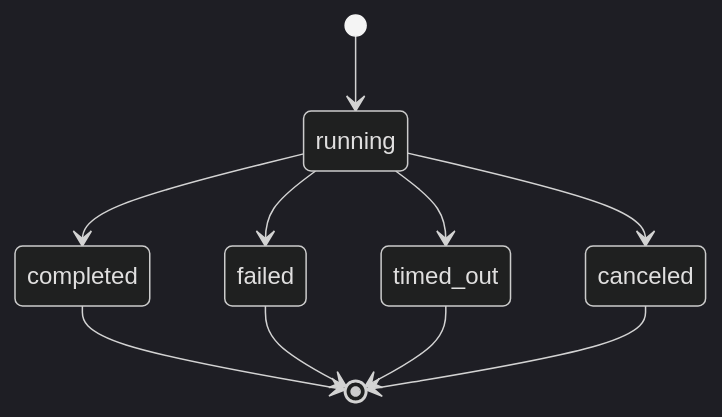
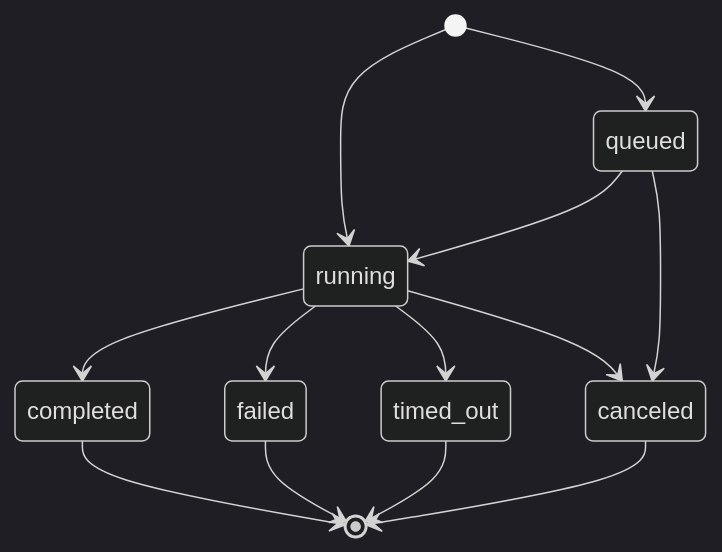
One commit to morgen52/agent2api changed the third of 3 diagrams in README.md. Above: the diagram before and after it, drawn with Mermaid (dark theme). The commit also changed other lines of this file and 25 other files, not shown here.

````diff
--- a/README.md
+++ b/README.md
@@ -118,12 +122,15 @@
 ```mermaid
 stateDiagram-v2
   [*] --> running
+  [*] --> queued
+  queued --> running
+  queued --> canceled
   running --> completed
   running --> failed
   running --> timed_out
   running --> canceled
   completed --> [*]
   failed --> [*]
   timed_out --> [*]
   canceled --> [*]
 ```
````
